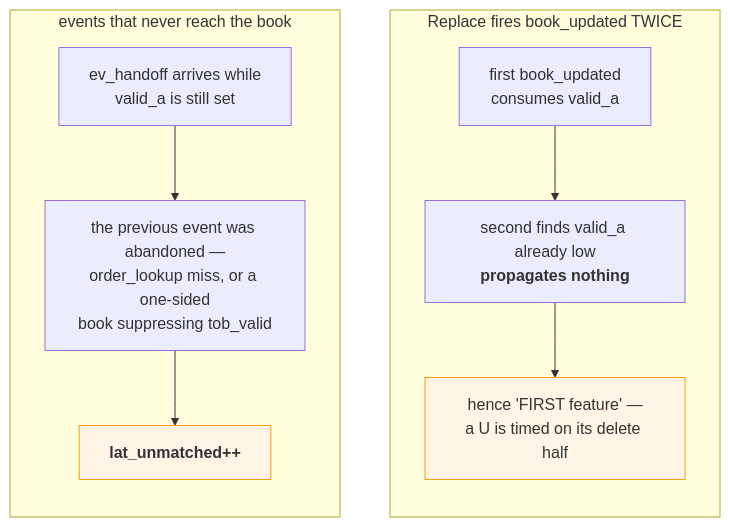
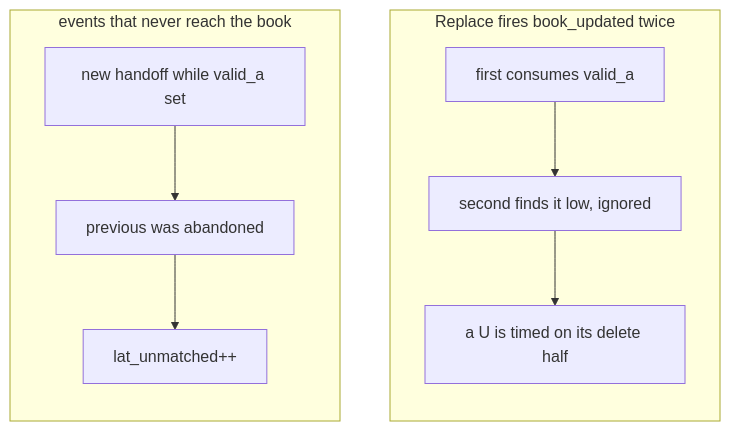
One commit to Rushmello369/fpga-feed-handler changed the fourth of 6 diagrams in docs/diagrams/latency_probe.md. Above: the diagram before and after it, drawn with Mermaid. The commit also changed other lines of this file and 12 other files, not shown here.

Commit message:
add diagrams for system and module architectures

````diff
--- a/docs/diagrams/latency_probe.md
+++ b/docs/diagrams/latency_probe.md
@@ -87,21 +65,11 @@
 ```mermaid
 flowchart TD
-    subgraph RPL["Replace fires book_updated TWICE"]
+    subgraph RPL["Replace fires book_updated twice"]
         direction TB
-        R1["first book_updated<br/>consumes valid_a"]
-        R2["second finds valid_a already low<br/><b>propagates nothing</b>"]
-        R3["hence 'FIRST feature' —<br/>a U is timed on its delete half"]
-        R1 --> R2 --> R3
+        R1[first consumes valid_a] --> R2[second finds it low, ignored] --> R3[a U is timed on its delete half]
     end
-
     subgraph ABD["events that never reach the book"]
         direction TB
-        A1["ev_handoff arrives while<br/>valid_a is still set"]
-        A2["the previous event was abandoned —<br/>order_lookup miss, or a one-sided<br/>book suppressing tob_valid"]
-        A3["<b>lat_unmatched++</b>"]
-        A1 --> A2 --> A3
+        A1[new handoff while valid_a set] --> A2[previous was abandoned] --> A3[lat_unmatched++]
     end
-
-    classDef note fill:#fff4e5,stroke:#f59e0b
-    class R3,A3 note
 ```
````
